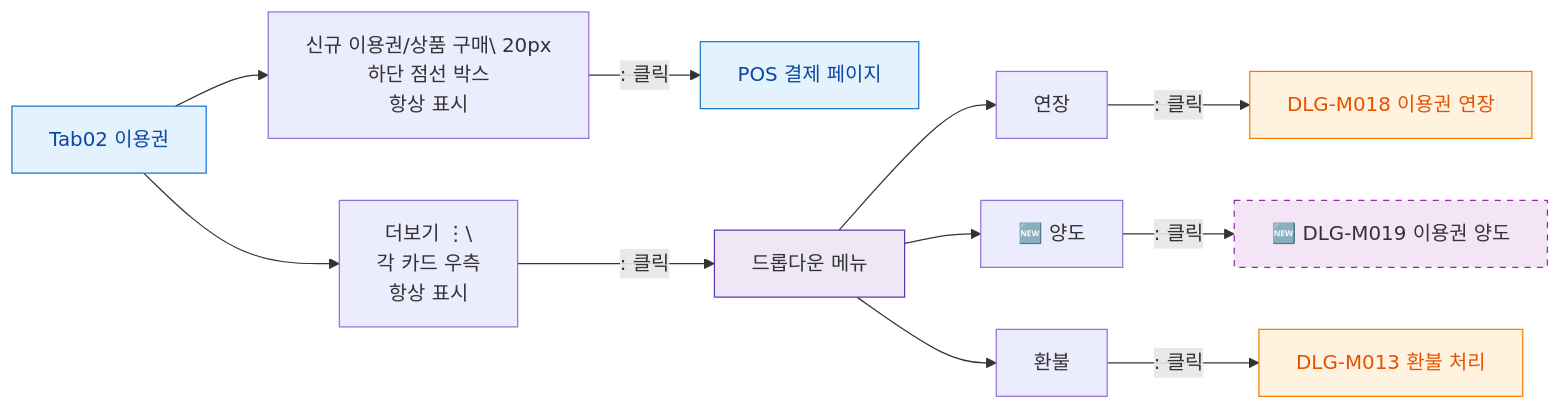
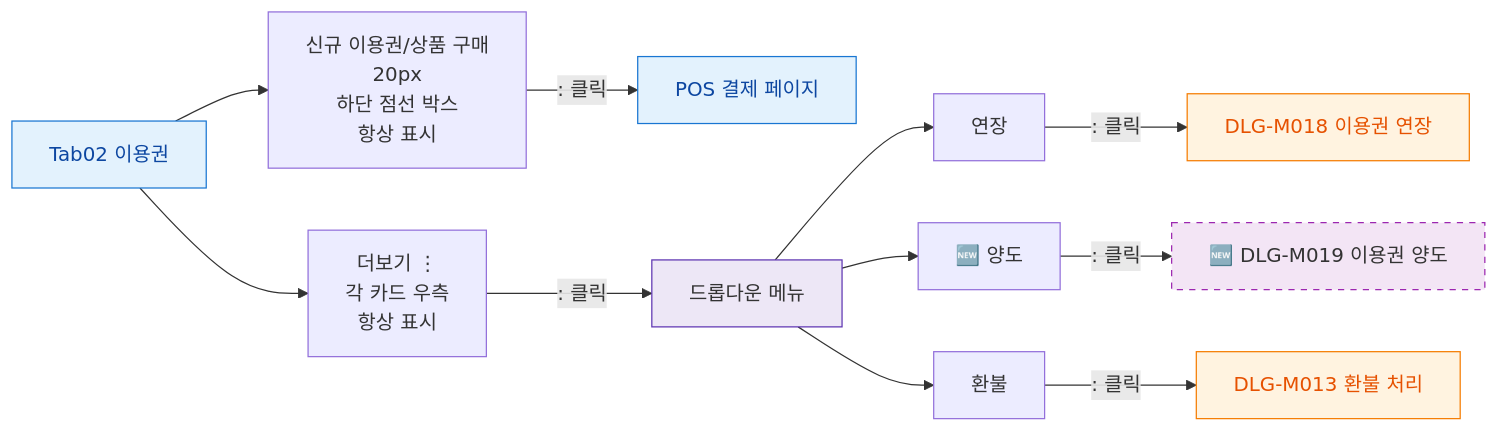
The diagram in docs/admin/다이어그램/D02_회원관리/SCR-M004_회원상세/Tab02_이용권/F3_버튼액션.md (dev-spogym/admin-pando), drawn with Mermaid before and after one commit. The commit also changed 369 other files, not shown here.

````diff
--- a/docs/admin/다이어그램/D02_회원관리/SCR-M004_회원상세/Tab02_이용권/F3_버튼액션.md
+++ b/docs/admin/다이어그램/D02_회원관리/SCR-M004_회원상세/Tab02_이용권/F3_버튼액션.md
@@ -20,25 +20,25 @@
 ```mermaid
 flowchart LR
-  TAB[Tab02 이용권] --> B1[신규 이용권/상품 구매\ 20px\n하단 점선 박스\n항상 표시]
-  TAB --> B2[더보기 ⋮\\n각 카드 우측\n항상 표시]
+  TAB[Tab02 이용권] --> B1[신규 이용권/상품 구매<br/> 20px\n하단 점선 박스\n항상 표시]
+  TAB --> B2[더보기 ⋮<br/>각 카드 우측\n항상 표시]
 
   B1 -->|": 클릭"|POS[POS 결제 페이지]
 
   B2 -->|": 클릭"|DROPDOWN[드롭다운 메뉴]
   DROPDOWN --> D1[연장]
   DROPDOWN --> D2[🆕 양도]
   DROPDOWN --> D3[환불]
 
   D1 -->|": 클릭"|DLG_M018[DLG-M018 이용권 연장]
   D2 -->|": 클릭"|DLG_M019[🆕 DLG-M019 이용권 양도]
   D3 -->|": 클릭"|DLG_M013[DLG-M013 환불 처리]
 
   classDef screen fill:#E3F2FD,stroke:#1976D2,color:#0D47A1
   classDef modal fill:#FFF3E0,stroke:#F57C00,color:#E65100
   classDef newFeature fill:#F3E5F5,stroke:#9C27B0,stroke-dasharray:5 5
   classDef system fill:#EDE7F6,stroke:#5E35B2
   class TAB,POS screen
   class DLG_M018,DLG_M013 modal
   class DLG_M019 newFeature
   class DROPDOWN system
 ```
````
